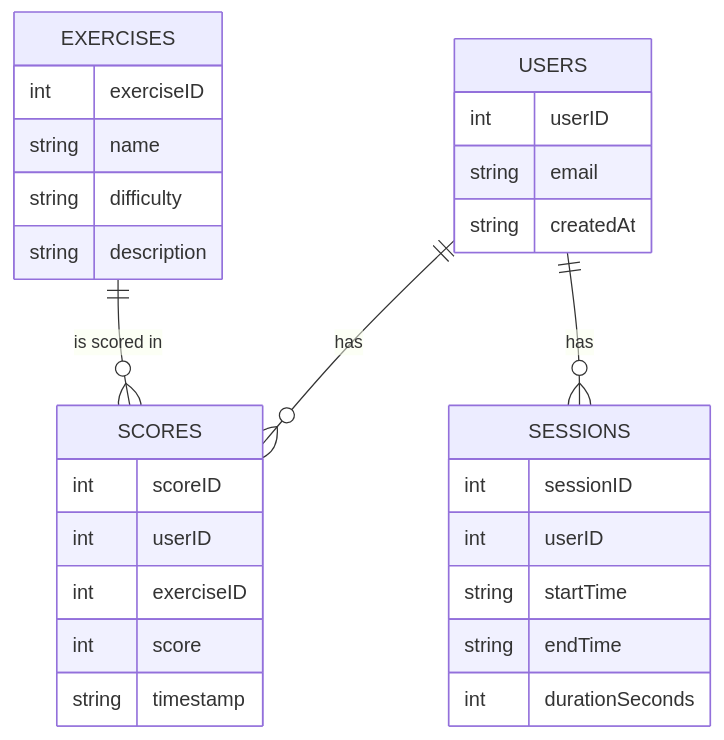
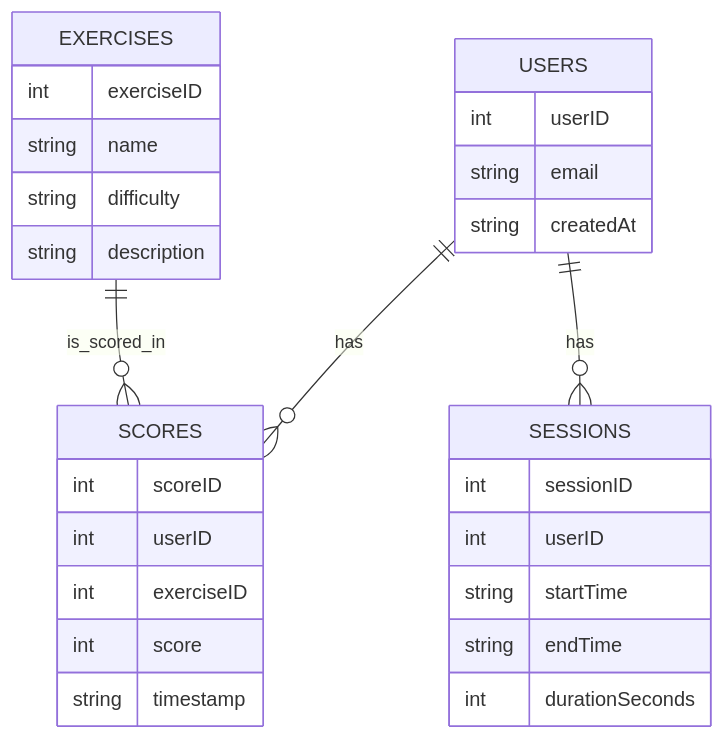
Before and after one commit to Sweetyamnesia/BrainBoostVR: the second of 3 diagrams in portfolio-project/Technical_documentation.md, drawn with Mermaid. The commit also changed other lines of this file, not shown here.

Commit message:
update Sequence diagram and ERD Diagram

````diff
--- a/portfolio-project/Technical_documentation.md
+++ b/portfolio-project/Technical_documentation.md
@@ -120,32 +120,36 @@
 ```mermaid
 erDiagram
     USERS {
         int userID
         string email
         string createdAt
     }
+    
     EXERCISES {
         int exerciseID
         string name
         string difficulty
         string description
     }
+    
     SCORES {
         int scoreID
         int userID
         int exerciseID
         int score
         string timestamp
     }
+    
     SESSIONS {
         int sessionID
         int userID
         string startTime
         string endTime
         int durationSeconds
     }
 
-    USERS ||--o{ SCORES : "has"
-    USERS ||--o{ SESSIONS : "has"
-    EXERCISES ||--o{ SCORES : "is scored in"
+    %% Relations
+    USERS ||--o{ SCORES : has
+    USERS ||--o{ SESSIONS : has
+    EXERCISES ||--o{ SCORES : is_scored_in
 ```
````
